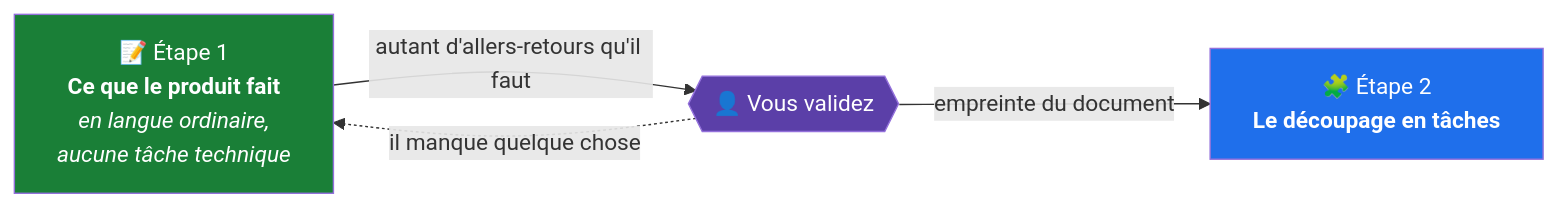
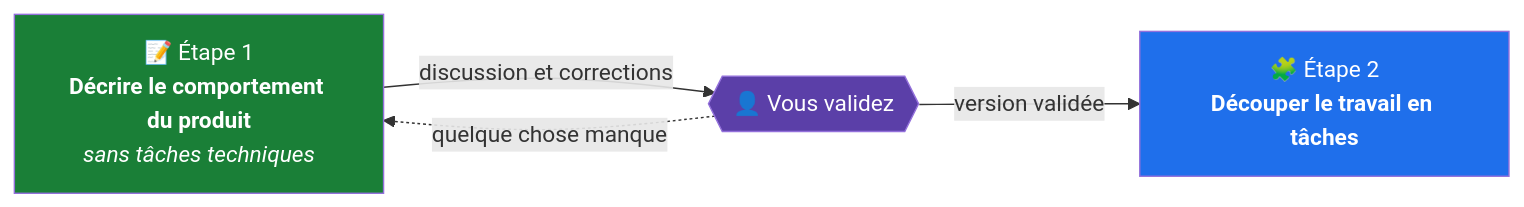
Before and after one commit to HerbertCodex/agent-pipeline: the third of 3 diagrams in README.md, drawn with Mermaid. The commit also changed other lines of this file, not shown here.

````diff
--- a/README.md
+++ b/README.md
@@ -277,10 +566,10 @@
 ```mermaid
 flowchart LR
-    A["📝 Étape 1<br/><b>Ce que le produit fait</b><br/><i>en langue ordinaire,<br/>aucune tâche technique</i>"] -->|autant d'allers-retours qu'il faut| B{{"👤 Vous validez"}}
-    B -->|empreinte du document| C["🧩 Étape 2<br/><b>Le découpage en tâches</b>"]
-    B -.->|il manque quelque chose| A
+    A["📝 Étape 1<br/><b>Décrire le comportement du produit</b><br/><i>sans tâches techniques</i>"] -->|discussion et corrections| B{{"👤 Vous validez"}}
+    B -->|version validée| C["🧩 Étape 2<br/><b>Découper le travail en tâches</b>"]
+    B -.->|quelque chose manque| A
 
     style A fill:#1a7f37,color:#fff
     style B fill:#5b3fa8,color:#fff
     style C fill:#1f6feb,color:#fff
 ```
````
